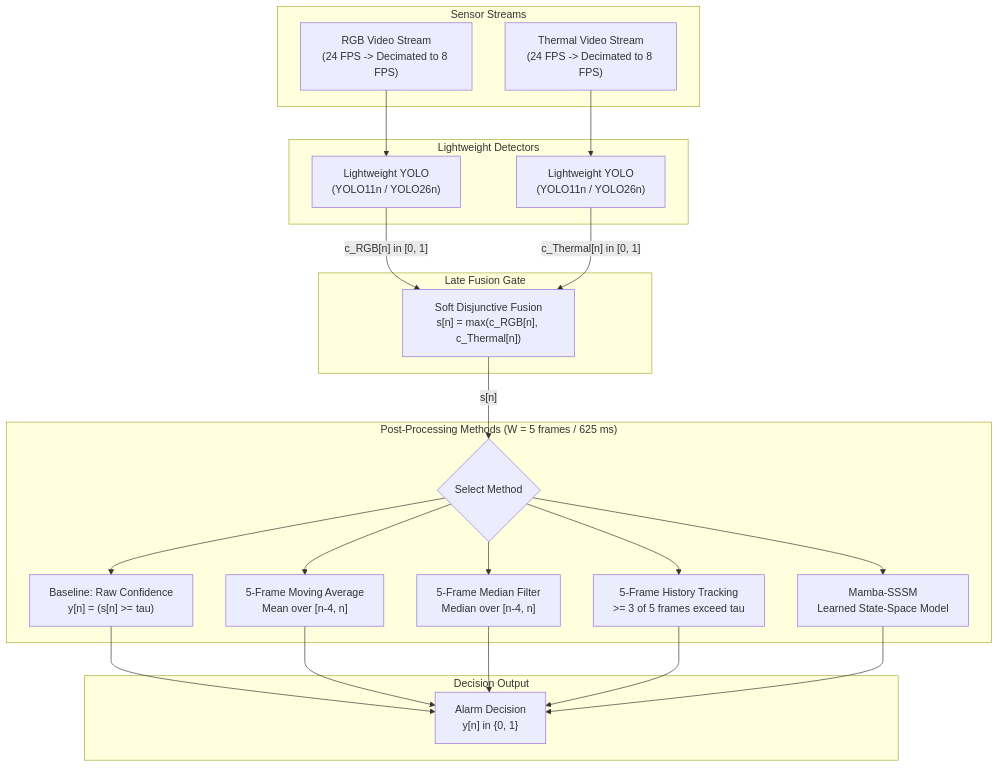
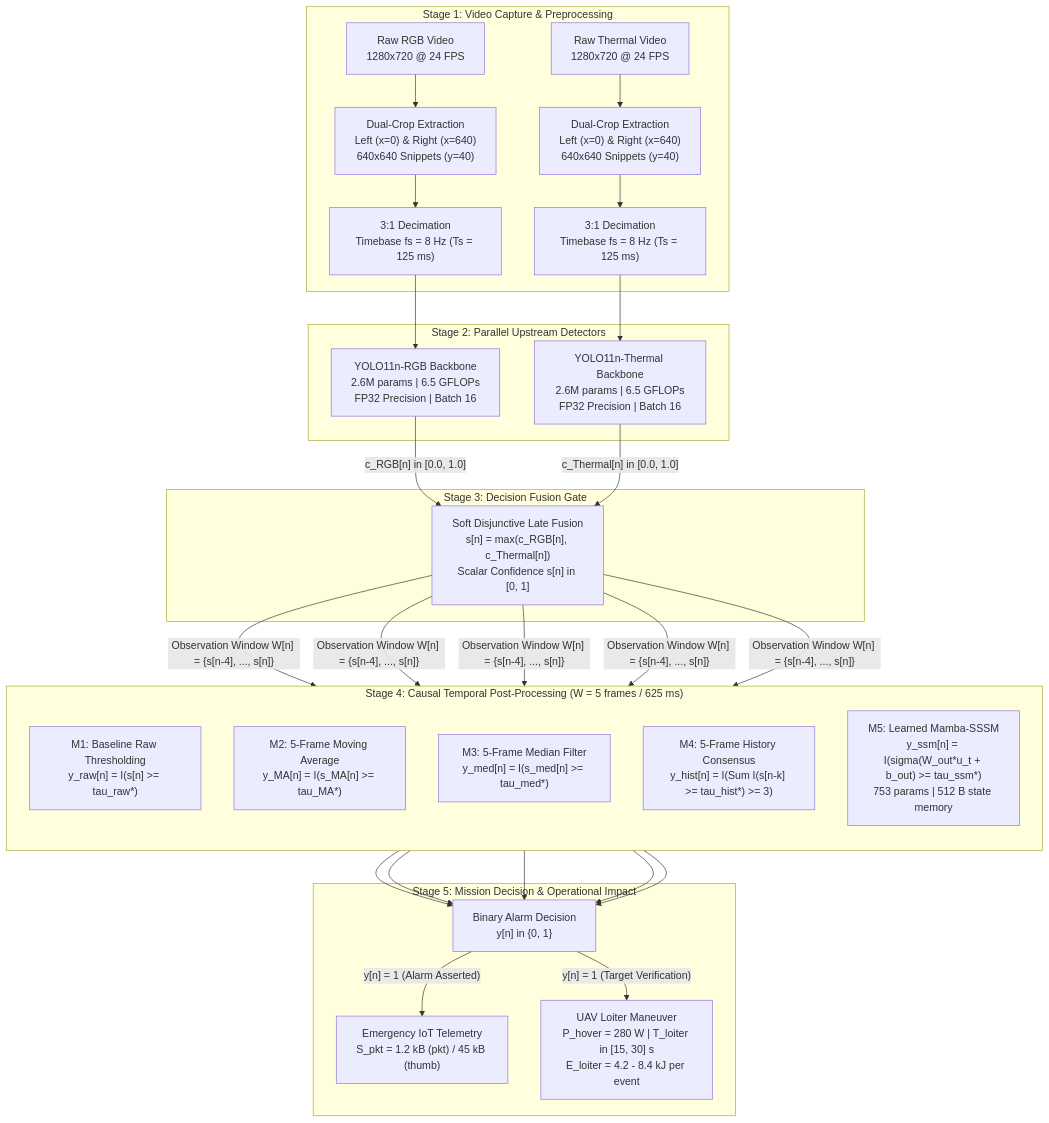
One commit to IamOumarIbrahim/multi-modal-detection changed the diagram in README.md. Above: the diagram before and after it, drawn with Mermaid. The commit also changed other lines of this file and 35 other files, not shown here.

````diff
--- a/README.md
+++ b/README.md
@@ -34,43 +55,48 @@
 ```mermaid
 flowchart TD
-    subgraph Inputs ["Sensor Streams"]
-        RGB["RGB Video Stream\n(24 FPS -> Decimated to 8 FPS)"]
-        Thermal["Thermal Video Stream\n(24 FPS -> Decimated to 8 FPS)"]
+    subgraph S1 ["Stage 1: Video Capture & Preprocessing"]
+        RGB_raw["Raw RGB Video\n1280x720 @ 24 FPS"]
+        TIR_raw["Raw Thermal Video\n1280x720 @ 24 FPS"]
+        Crop_RGB["Dual-Crop Extraction\nLeft (x=0) & Right (x=640)\n640x640 Snippets (y=40)"]
+        Crop_TIR["Dual-Crop Extraction\nLeft (x=0) & Right (x=640)\n640x640 Snippets (y=40)"]
+        Dec_RGB["3:1 Decimation\nTimebase fs = 8 Hz (Ts = 125 ms)"]
+        Dec_TIR["3:1 Decimation\nTimebase fs = 8 Hz (Ts = 125 ms)"]
     end
 
-    subgraph Detectors ["Lightweight Detectors"]
-        YOLO_RGB["Lightweight YOLO\n(YOLO11n / YOLO26n)"]
-        YOLO_Th["Lightweight YOLO\n(YOLO11n / YOLO26n)"]
+    subgraph S2 ["Stage 2: Parallel Upstream Detectors"]
+        YOLO_RGB["YOLO11n-RGB Backbone\n2.6M params | 6.5 GFLOPs\nFP32 Precision | Batch 16"]
+        YOLO_TIR["YOLO11n-Thermal Backbone\n2.6M params | 6.5 GFLOPs\nFP32 Precision | Batch 16"]
     end
 
-    subgraph Fusion ["Late Fusion Gate"]
-        Max["Soft Disjunctive Fusion\ns[n] = max(c_RGB[n], c_Thermal[n])"]
+    subgraph S3 ["Stage 3: Decision Fusion Gate"]
+        LateFusion["Soft Disjunctive Late Fusion\ns[n] = max(c_RGB[n], c_Thermal[n])\nScalar Confidence s[n] in [0, 1]"]
     end
 
-    subgraph PostProc ["Post-Processing Methods (W = 5 frames / 625 ms)"]
-        PP{"Select Method"}
-        M1["Baseline: Raw Confidence\ny[n] = (s[n] >= tau)"]
-        M2["5-Frame Moving Average\nMean over [n-4, n]"]
-        M3["5-Frame Median Filter\nMedian over [n-4, n]"]
-        M4["5-Frame History Tracking\n>= 3 of 5 frames exceed tau"]
-        M5["Mamba-SSSM\nLearned State-Space Model"]
+    subgraph S4 ["Stage 4: Causal Temporal Post-Processing (W = 5 frames / 625 ms)"]
+        direction TB
+        M1["M1: Baseline Raw Thresholding\ny_raw[n] = I(s[n] >= tau_raw*)"]
+        M2["M2: 5-Frame Moving Average\ny_MA[n] = I(s_MA[n] >= tau_MA*)"]
+        M3["M3: 5-Frame Median Filter\ny_med[n] = I(s_med[n] >= tau_med*)"]
+        M4["M4: 5-Frame History Consensus\ny_hist[n] = I(Sum I(s[n-k] >= tau_hist*) >= 3)"]
+        M5["M5: Learned Mamba-SSSM\ny_ssm[n] = I(sigma(W_out*u_t + b_out) >= tau_ssm*)\n753 params | 512 B state memory"]
     end
 
-    subgraph Output ["Decision Output"]
-        Alarm["Alarm Decision\ny[n] in {0, 1}"]
+    subgraph S5 ["Stage 5: Mission Decision & Operational Impact"]
+        Alarm["Binary Alarm Decision\ny[n] in {0, 1}"]
+        Telemetry["Emergency IoT Telemetry\nS_pkt = 1.2 kB (pkt) / 45 kB (thumb)"]
+        Loiter["UAV Loiter Maneuver\nP_hover = 280 W | T_loiter in [15, 30] s\nE_loiter = 4.2 - 8.4 kJ per event"]
     end
 
-    RGB --> YOLO_RGB
-    Thermal --> YOLO_Th
+    RGB_raw --> Crop_RGB --> Dec_RGB --> YOLO_RGB
+    TIR_raw --> Crop_TIR --> Dec_TIR --> YOLO_TIR
 
-    YOLO_RGB -->|"c_RGB[n] in [0, 1]"| Max
-    YOLO_Th -->|"c_Thermal[n] in [0, 1]"| Max
+    YOLO_RGB -->|"c_RGB[n] in [0.0, 1.0]"| LateFusion
+    YOLO_TIR -->|"c_Thermal[n] in [0.0, 1.0]"| LateFusion
 
-    Max -->|"s[n]"| PP
+    LateFusion -->|"Observation Window W[n] = {s[n-4], ..., s[n]}"| M1 & M2 & M3 & M4 & M5
 
-    PP --> M1 --> Alarm
-    PP --> M2 --> Alarm
-    PP --> M3 --> Alarm
-    PP --> M4 --> Alarm
-    PP --> M5 --> Alarm
+    M1 & M2 & M3 & M4 & M5 --> Alarm
+
+    Alarm -->|"y[n] = 1 (Alarm Asserted)"| Telemetry
+    Alarm -->|"y[n] = 1 (Target Verification)"| Loiter
 ```
````
